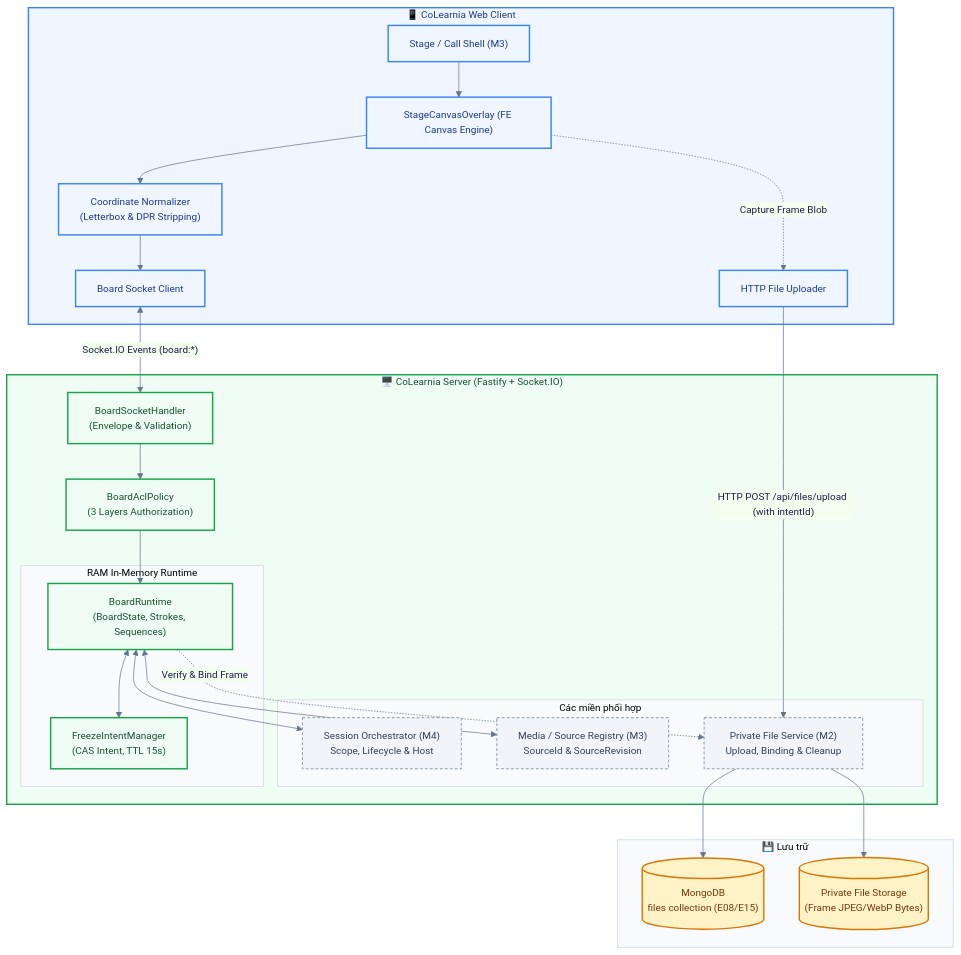
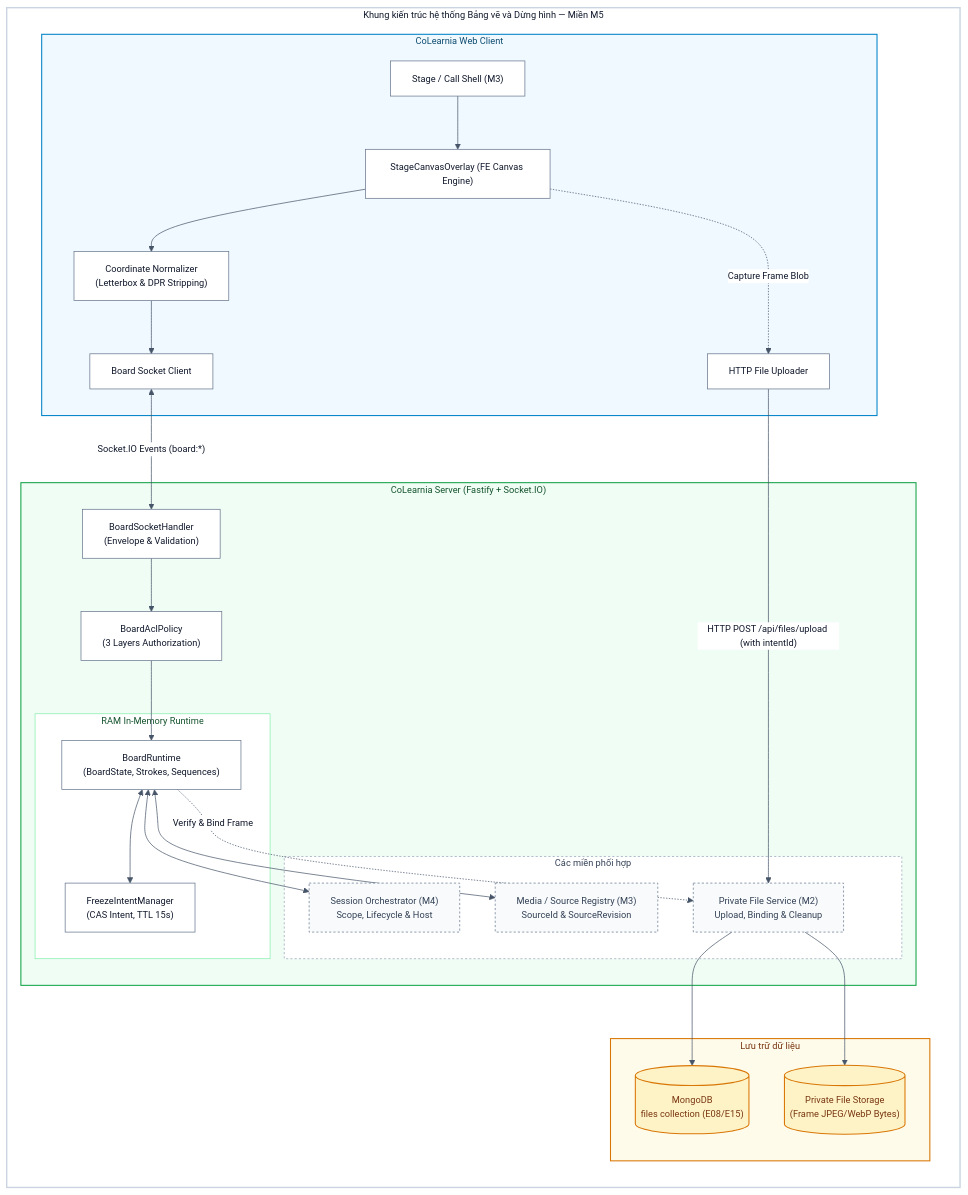
One commit to Lightning1507/CoLearnia changed the first of 5 diagrams in docs/proposals/m5-board.md. Above: the diagram before and after it, drawn with Mermaid.

Commit message:
docs(board): modernize flowchart layout with white container and remove emojis

````diff
--- a/docs/proposals/m5-board.md
+++ b/docs/proposals/m5-board.md
@@ -108,58 +108,65 @@
 ```mermaid
-%%{init: {"theme":"base","themeVariables":{"fontFamily":"Inter, Helvetica, Arial","fontSize":"14px","primaryColor":"#EEF2FF","primaryBorderColor":"#6366F1","primaryTextColor":"#1E1B4B","lineColor":"#64748B","clusterBkg":"#F8FAFC","clusterBorder":"#CBD5E1"},"flowchart":{"curve":"basis","htmlLabels":true}}}%%
-flowchart TD
-  subgraph ClientApp ["📱 CoLearnia Web Client"]
-    UI["Stage / Call Shell (M3)"]
-    CanvasOverlay["StageCanvasOverlay (FE Canvas Engine)"]
-    Norm["Coordinate Normalizer<br/>(Letterbox & DPR Stripping)"]
-    BoardSocketClient["Board Socket Client"]
-    FileUploader["HTTP File Uploader"]
-    UI --> CanvasOverlay
-    CanvasOverlay --> Norm
-    Norm --> BoardSocketClient
-    CanvasOverlay -.->|"Capture Frame Blob"| FileUploader
+%%{init: {"theme":"base","themeVariables":{"fontFamily":"Inter, -apple-system, BlinkMacSystemFont, Segoe UI, Helvetica, Arial, sans-serif","fontSize":"13px","primaryColor":"#FFFFFF","primaryBorderColor":"#94A3B8","primaryTextColor":"#0F172A","lineColor":"#475569","textColor":"#0F172A","clusterBkg":"#F8FAFC","clusterBorder":"#CBD5E1"},"flowchart":{"curve":"basis","htmlLabels":true}}}%%
+flowchart LR
+  subgraph ArchitectureFrame ["Khung kiến trúc hệ thống Bảng vẽ và Dừng hình — Miền M5"]
+    subgraph ClientApp ["CoLearnia Web Client"]
+      UI["Stage / Call Shell (M3)"]
+      CanvasOverlay["StageCanvasOverlay (FE Canvas Engine)"]
+      Norm["Coordinate Normalizer<br/>(Letterbox & DPR Stripping)"]
+      BoardSocketClient["Board Socket Client"]
+      FileUploader["HTTP File Uploader"]
+
+      UI --> CanvasOverlay
+      CanvasOverlay --> Norm
+      Norm --> BoardSocketClient
+      CanvasOverlay -.->|"Capture Frame Blob"| FileUploader
+    end
+
+    subgraph ServerApp ["CoLearnia Server (Fastify + Socket.IO)"]
+      SocketHandler["BoardSocketHandler<br/>(Envelope & Validation)"]
+      AclPolicy["BoardAclPolicy<br/>(3 Layers Authorization)"]
+
+      subgraph RAMRuntime ["RAM In-Memory Runtime"]
+        BoardRT["BoardRuntime<br/>(BoardState, Strokes, Sequences)"]
+        IntentMgr["FreezeIntentManager<br/>(CAS Intent, TTL 15s)"]
+      end
+
+      subgraph OtherDomains ["Các miền phối hợp"]
+        SessionOrch["Session Orchestrator (M4)<br/>Scope, Lifecycle & Host"]
+        MediaReg["Media / Source Registry (M3)<br/>SourceId & SourceRevision"]
+        FileSvc["Private File Service (M2)<br/>Upload, Binding & Cleanup"]
+      end
+
+      SocketHandler --> AclPolicy
+      AclPolicy --> BoardRT
+      BoardRT <--> IntentMgr
+      BoardRT <--> SessionOrch
+      BoardRT <--> MediaReg
+      BoardRT -.->|"Verify & Bind Frame"| FileSvc
+    end
+
+    subgraph Storage ["Lưu trữ dữ liệu"]
+      MongoFiles[("MongoDB<br/>files collection (E08/E15)")]
+      DiskStore[("Private File Storage<br/>(Frame JPEG/WebP Bytes)")]
+    end
+
+    BoardSocketClient <-->|"Socket.IO Events (board:*)"| SocketHandler
+    FileUploader -->|"HTTP POST /api/files/upload (with intentId)"| FileSvc
+    FileSvc --> MongoFiles
+    FileSvc --> DiskStore
   end
 
-  subgraph ServerApp ["🖥️ CoLearnia Server (Fastify + Socket.IO)"]
-    SocketHandler["BoardSocketHandler<br/>(Envelope & Validation)"]
-    AclPolicy["BoardAclPolicy<br/>(3 Layers Authorization)"]
+  style ArchitectureFrame fill:#FFFFFF,stroke:#CBD5E1,stroke-width:2px,color:#0F172A
+  style ClientApp fill:#F0F9FF,stroke:#0284C7,stroke-width:1.5px,color:#0C4A6E
+  style ServerApp fill:#F0FDF4,stroke:#16A34A,stroke-width:1.5px,color:#14532D
+  style Storage fill:#FFFBEB,stroke:#D97706,stroke-width:1.5px,color:#78350F
+  style RAMRuntime fill:#FFFFFF,stroke:#86EFAC,stroke-width:1px,color:#14532D
+  style OtherDomains fill:#FFFFFF,stroke:#94A3B8,stroke-width:1px,stroke-dasharray:3 3,color:#334155
 
-    subgraph RAMRuntime ["RAM In-Memory Runtime"]
-      BoardRT["BoardRuntime<br/>(BoardState, Strokes, Sequences)"]
-      IntentMgr["FreezeIntentManager<br/>(CAS Intent, TTL 15s)"]
-    end
+  classDef default fill:#FFFFFF,stroke:#64748B,stroke-width:1px,color:#0F172A
+  classDef store fill:#FEF3C7,stroke:#D97706,stroke-width:1.5px,color:#78350F
+  classDef ext fill:#F8FAFC,stroke:#64748B,stroke-width:1px,stroke-dasharray:3 3,color:#334155
 
-    subgraph OtherDomains ["Các miền phối hợp"]
-      SessionOrch["Session Orchestrator (M4)<br/>Scope, Lifecycle & Host"]
-      MediaReg["Media / Source Registry (M3)<br/>SourceId & SourceRevision"]
-      FileSvc["Private File Service (M2)<br/>Upload, Binding & Cleanup"]
-    end
-
-    SocketHandler --> AclPolicy
-    AclPolicy --> BoardRT
-    BoardRT <--> IntentMgr
-    BoardRT <--> SessionOrch
-    BoardRT <--> MediaReg
-  end
-
-  subgraph Storage ["💾 Lưu trữ"]
-    MongoFiles[("MongoDB<br/>files collection (E08/E15)")]
-    DiskStore[("Private File Storage<br/>(Frame JPEG/WebP Bytes)")]
-  end
-
-  BoardSocketClient <-->|"Socket.IO Events (board:*)"| SocketHandler
-  FileUploader -->|"HTTP POST /api/files/upload (with intentId)"| FileSvc
-  FileSvc --> MongoFiles
-  FileSvc --> DiskStore
-  BoardRT -.->|"Verify & Bind Frame"| FileSvc
-
-  classDef client fill:#EFF6FF,stroke:#3B82F6,stroke-width:2px,color:#1E3A8A
-  classDef server fill:#F0FDF4,stroke:#16A34A,stroke-width:2px,color:#14532D
-  classDef store fill:#FEF3C7,stroke:#D97706,stroke-width:2px,color:#78350F
-  classDef ext fill:#F1F5F9,stroke:#64748B,stroke-dasharray:4 3,color:#334155
-
-  class ClientApp,UI,CanvasOverlay,Norm,BoardSocketClient,FileUploader client
-  class ServerApp,SocketHandler,AclPolicy,BoardRT,IntentMgr server
   class MongoFiles,DiskStore store
   class SessionOrch,MediaReg,FileSvc ext
 ```
````
